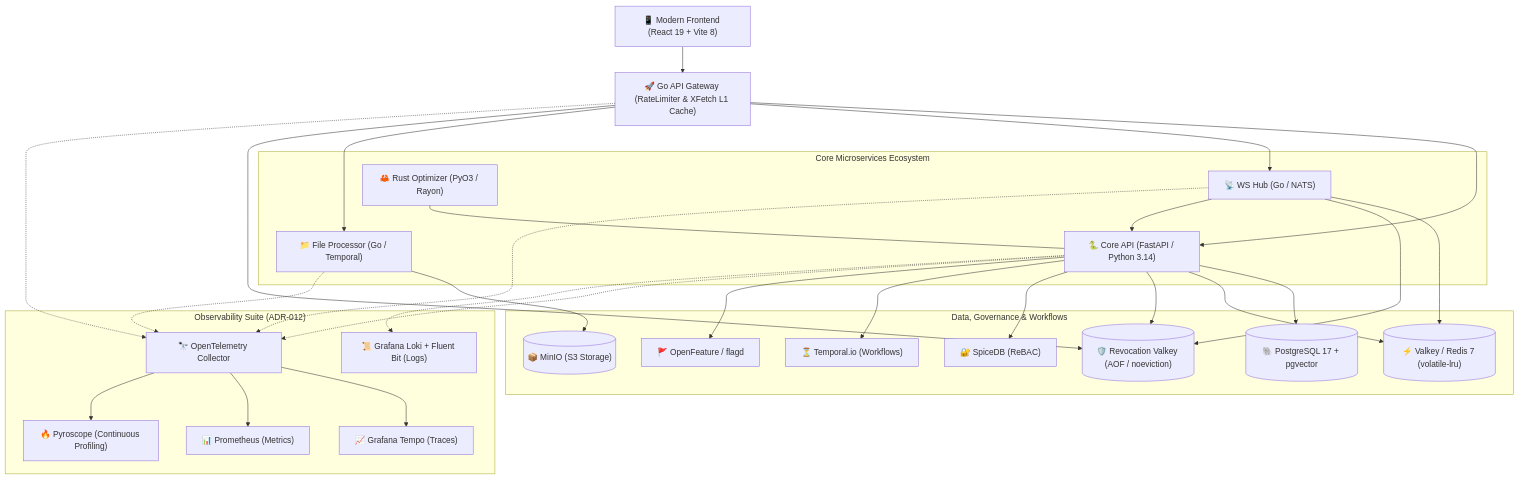
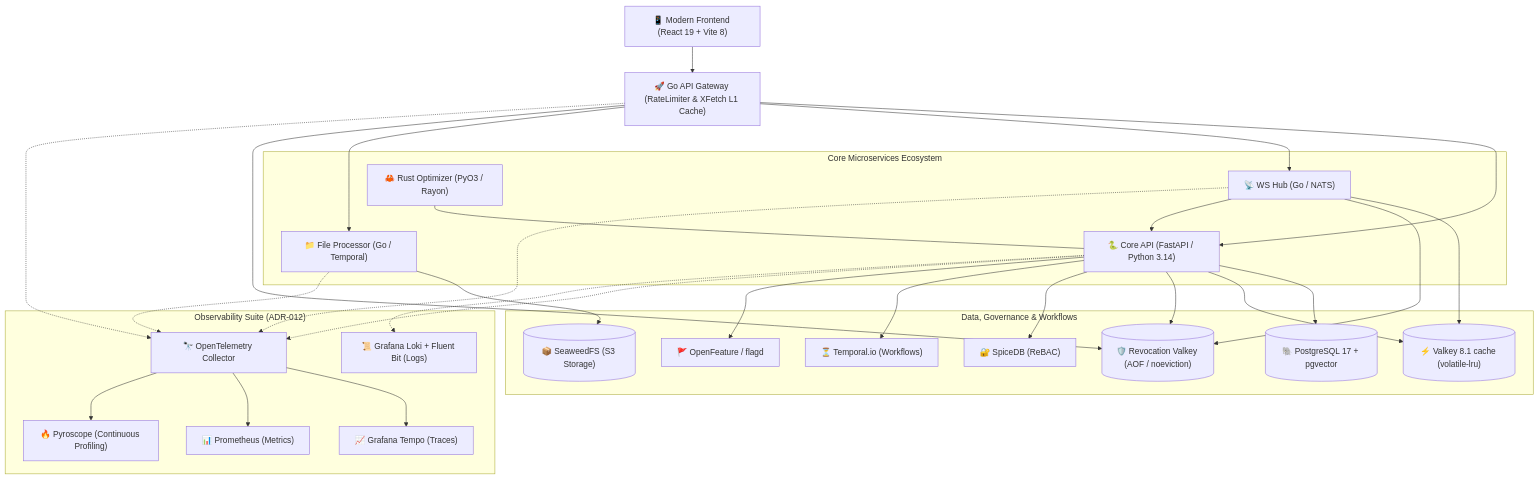
The first of 3 diagrams in README.md (egorribun/university_ecosystem), drawn with Mermaid before and after one commit. The commit also changed other lines of this file and 2097 other files, not shown here.

````diff
--- a/README.md
+++ b/README.md
@@ -85,59 +90,59 @@
 ```mermaid
 graph TD
     Client["📱 Modern Frontend (React 19 + Vite 8)"]
     Gateway["🚀 Go API Gateway (RateLimiter & XFetch L1 Cache)"]
 
     subgraph "Core Microservices Ecosystem"
         Backend["🐍 Core API (FastAPI / Python 3.14)"]
         WSHub["📡 WS Hub (Go / NATS)"]
         FileProc["📁 File Processor (Go / Temporal)"]
         Optimizer["🦀 Rust Optimizer (PyO3 / Rayon)"]
     end
 
     subgraph "Data, Governance & Workflows"
         Postgres[("🐘 PostgreSQL 17 + pgvector")]
-        Valkey[("⚡ Valkey / Redis 7 (volatile-lru)")]
+        Valkey[("⚡ Valkey 8.1 cache (volatile-lru)")]
         Revocations[("🛡️ Revocation Valkey (AOF / noeviction)")]
-        MinIO[("📦 MinIO (S3 Storage)")]
+        MinIO[("📦 SeaweedFS (S3 Storage)")]
         Temporal["⏳ Temporal.io (Workflows)"]
         SpiceDB["🔐 SpiceDB (ReBAC)"]
         Flagd["🚩 OpenFeature / flagd"]
     end
 
     subgraph "Observability Suite (ADR-012)"
         OTEL["🔭 OpenTelemetry Collector"]
         Tempo["📈 Grafana Tempo (Traces)"]
         Prometheus["📊 Prometheus (Metrics)"]
         Pyroscope["🔥 Pyroscope (Continuous Profiling)"]
         Loki["📜 Grafana Loki + Fluent Bit (Logs)"]
     end
 
     Client --> Gateway
     Gateway --> Backend
     Gateway --> WSHub
     Gateway --> FileProc
 
     Backend --> Postgres
     Backend --> Valkey
     Backend --> Revocations
     Backend --> SpiceDB
     Backend --> Temporal
     Backend --> Flagd
 
     WSHub --> Valkey
     WSHub --> Revocations
     Gateway --> Revocations
     WSHub --> Backend
     FileProc --> MinIO
     Optimizer --- Backend
 
     Backend -.-> OTEL
     Gateway -.-> OTEL
     WSHub -.-> OTEL
     FileProc -.-> OTEL
 
     OTEL --> Tempo
     OTEL --> Prometheus
     OTEL --> Pyroscope
     Backend -.-> Loki
 ```
````
